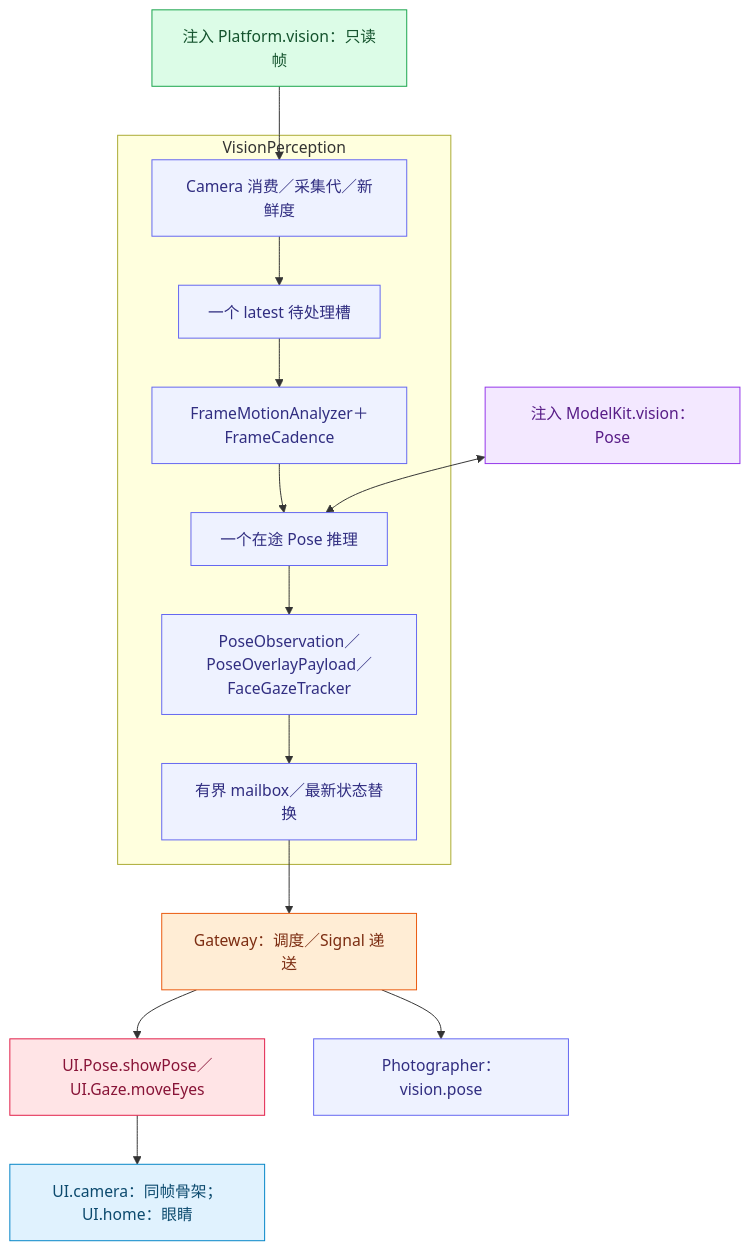
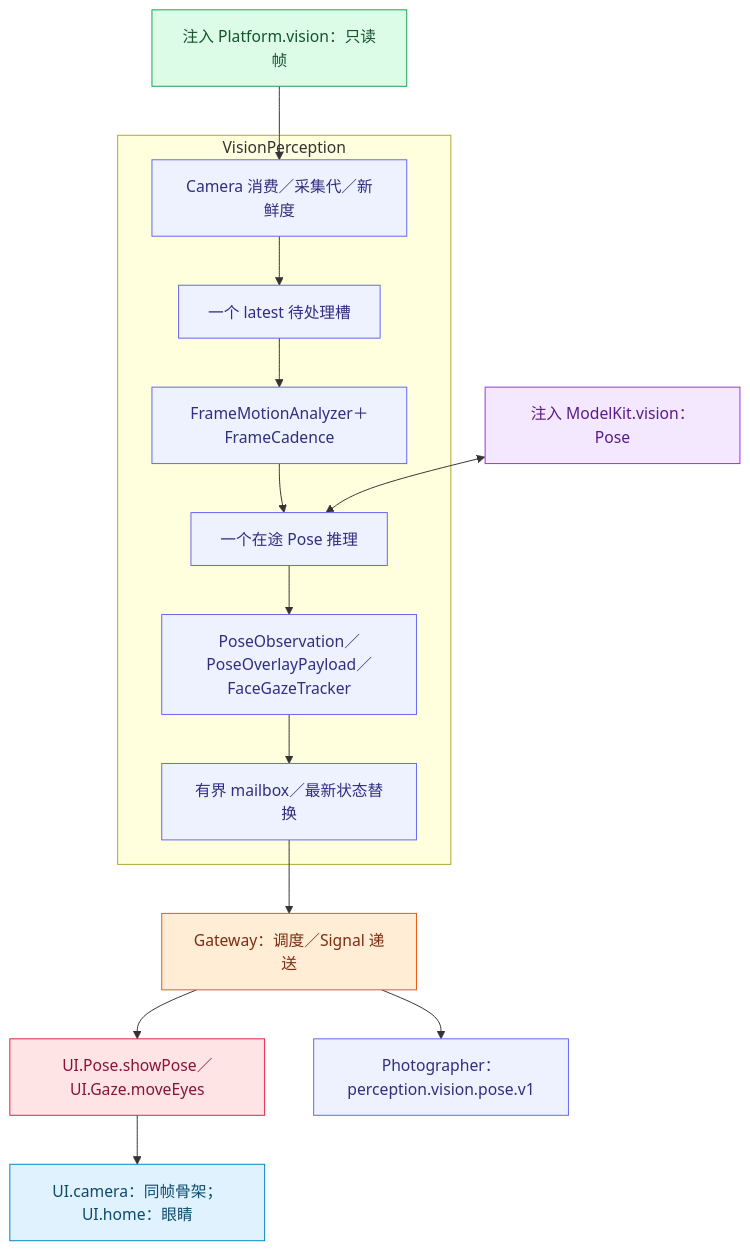
One commit to devilyouwei/MobileHarness changed the second of 2 diagrams in MobileHarness/Agents/VisionPerception/README.md. Above: the diagram before and after it, drawn with Mermaid. The commit also changed other lines of this file and 23 other files, not shown here.

````diff
--- a/MobileHarness/Agents/VisionPerception/README.md
+++ b/MobileHarness/Agents/VisionPerception/README.md
@@ -64,27 +68,27 @@
 ```mermaid
 flowchart TB
  P["注入 Platform.vision：只读帧"]:::platform
  M["注入 ModelKit.vision：Pose"]:::model
  subgraph Role["VisionPerception"]
  N["Camera 消费／采集代／新鲜度"]:::agent
  L["一个 latest 待处理槽"]:::agent
  C["FrameMotionAnalyzer＋FrameCadence"]:::agent
  I["一个在途 Pose 推理"]:::agent
  O["PoseObservation／PoseOverlayPayload／FaceGazeTracker"]:::agent
  Q["有界 mailbox／最新状态替换"]:::agent
  end
  P --> N --> L --> C --> I --> O --> Q
  M <--> I
  Q --> G["Gateway：调度／Signal 递送"]:::gateway
  G --> X["UI.Pose.showPose／UI.Gaze.moveEyes"]:::action
  X --> U["UI.camera：同帧骨架；UI.home：眼睛"]:::ui
- G --> PH["Photographer：vision.pose"]:::agent
+ G --> PH["Photographer：perception.vision.pose.v1"]:::agent
  classDef ui fill:#e0f2fe,stroke:#0284c7,color:#0c4a6e
  classDef platform fill:#dcfce7,stroke:#16a34a,color:#14532d
  classDef model fill:#f3e8ff,stroke:#9333ea,color:#581c87
  classDef storage fill:#fef3c7,stroke:#d97706,color:#78350f
  classDef agent fill:#eef2ff,stroke:#6366f1,color:#312e81
  classDef gateway fill:#ffedd5,stroke:#ea580c,color:#7c2d12
  classDef action fill:#ffe4e6,stroke:#e11d48,color:#881337
  classDef host fill:#f1f5f9,stroke:#64748b,color:#334155
 ```
````
